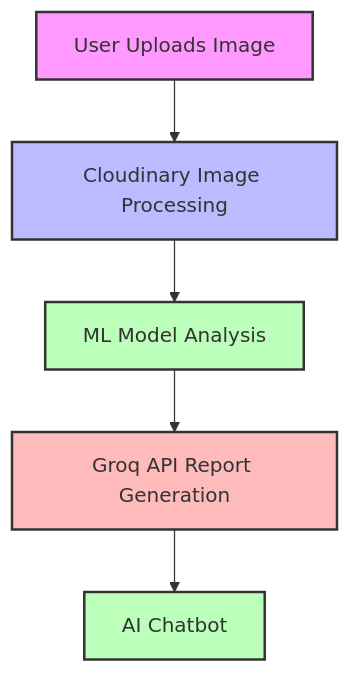
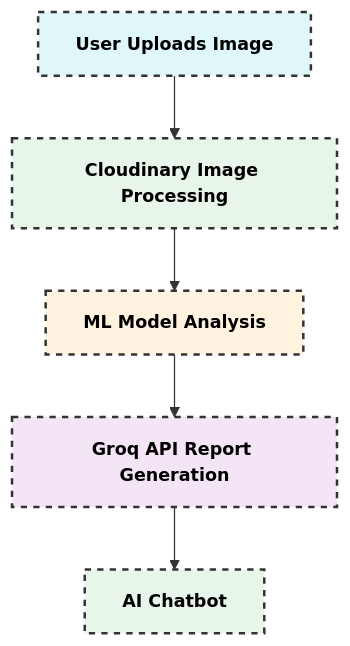
The diagram in README.md (Sameeksha0329/DermaCare), drawn with Mermaid before and after one commit.

Commit message:
architecture

````diff
--- a/README.md
+++ b/README.md
@@ -11,12 +11,12 @@
 ```mermaid
 graph TD
     A[User Uploads Image] --> B[Cloudinary Image Processing]
     B --> C[ML Model Analysis]
     C --> D[Groq API Report Generation]
     D --> E[AI Chatbot]
-    style A fill:#f9f,stroke:#333,stroke-width:2px
-    style B fill:#bbf,stroke:#333,stroke-width:2px
-    style C fill:#bfb,stroke:#333,stroke-width:2px
-    style D fill:#fbb,stroke:#333,stroke-width:2px
-    style E fill:#bfb,stroke:#333,stroke-width:2px
+    style A fill:#e0f7fa,stroke:#333,stroke-width:2px,stroke-dasharray:5,5,font-size:14px,font-weight:bold,color:#000
+    style B fill:#e8f5e9,stroke:#333,stroke-width:2px,stroke-dasharray:5,5,font-size:14px,font-weight:bold,color:#000
+    style C fill:#fff3e0,stroke:#333,stroke-width:2px,stroke-dasharray:5,5,font-size:14px,font-weight:bold,color:#000
+    style D fill:#f3e5f5,stroke:#333,stroke-width:2px,stroke-dasharray:5,5,font-size:14px,font-weight:bold,color:#000
+    style E fill:#e8f5e9,stroke:#333,stroke-width:2px,stroke-dasharray:5,5,font-size:14px,font-weight:bold,color:#000
 ```
````
